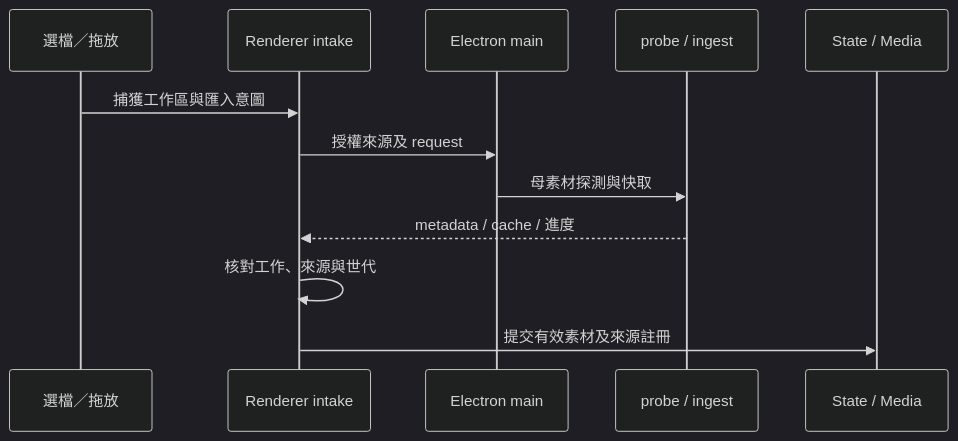
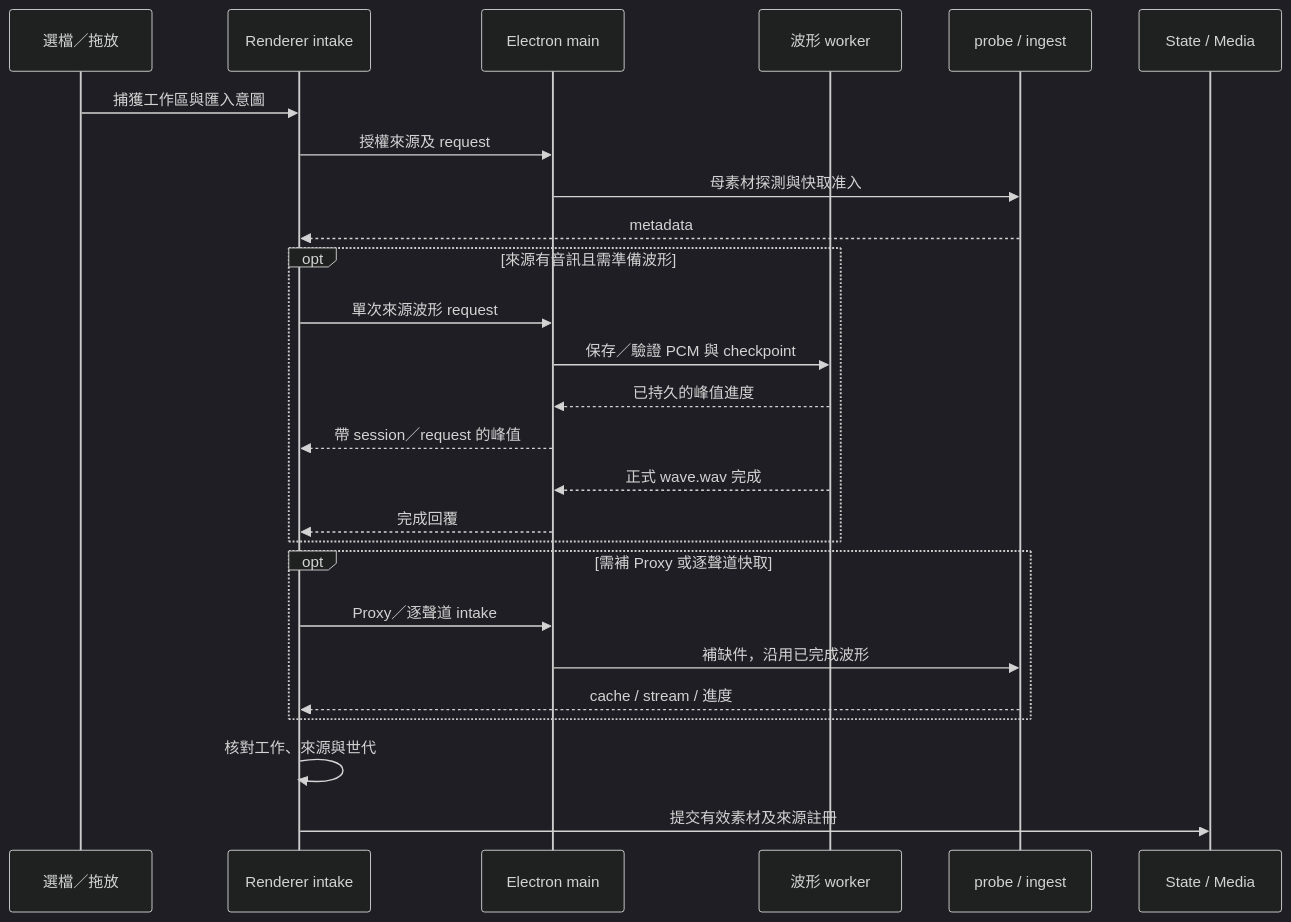
Before and after one commit to evanwayc-star/SUB_Tool: the fourth of 5 diagrams in docs/技術架構說明.md, drawn with Mermaid (dark theme). The commit also changed other lines of this file and 57 other files, not shown here.

````diff
--- a/docs/技術架構說明.md
+++ b/docs/技術架構說明.md
@@ -454,14 +466,28 @@
 ```mermaid
 sequenceDiagram
   participant U as 選檔／拖放
   participant R as Renderer intake
   participant M as Electron main
+  participant W as 波形 worker
   participant N as probe / ingest
   participant S as State / Media
   U->>R: 捕獲工作區與匯入意圖
   R->>M: 授權來源及 request
-  M->>N: 母素材探測與快取
-  N-->>R: metadata / cache / 進度
+  M->>N: 母素材探測與快取准入
+  N-->>R: metadata
+  opt 來源有音訊且需準備波形
+    R->>M: 單次來源波形 request
+    M->>W: 保存／驗證 PCM 與 checkpoint
+    W-->>M: 已持久的峰值進度
+    M-->>R: 帶 session／request 的峰值
+    W-->>M: 正式 wave.wav 完成
+    M-->>R: 完成回覆
+  end
+  opt 需補 Proxy 或逐聲道快取
+    R->>M: Proxy／逐聲道 intake
+    M->>N: 補缺件，沿用已完成波形
+    N-->>R: cache / stream / 進度
+  end
   R->>R: 核對工作、來源與世代
   R->>S: 提交有效素材及來源註冊
 ```
````
